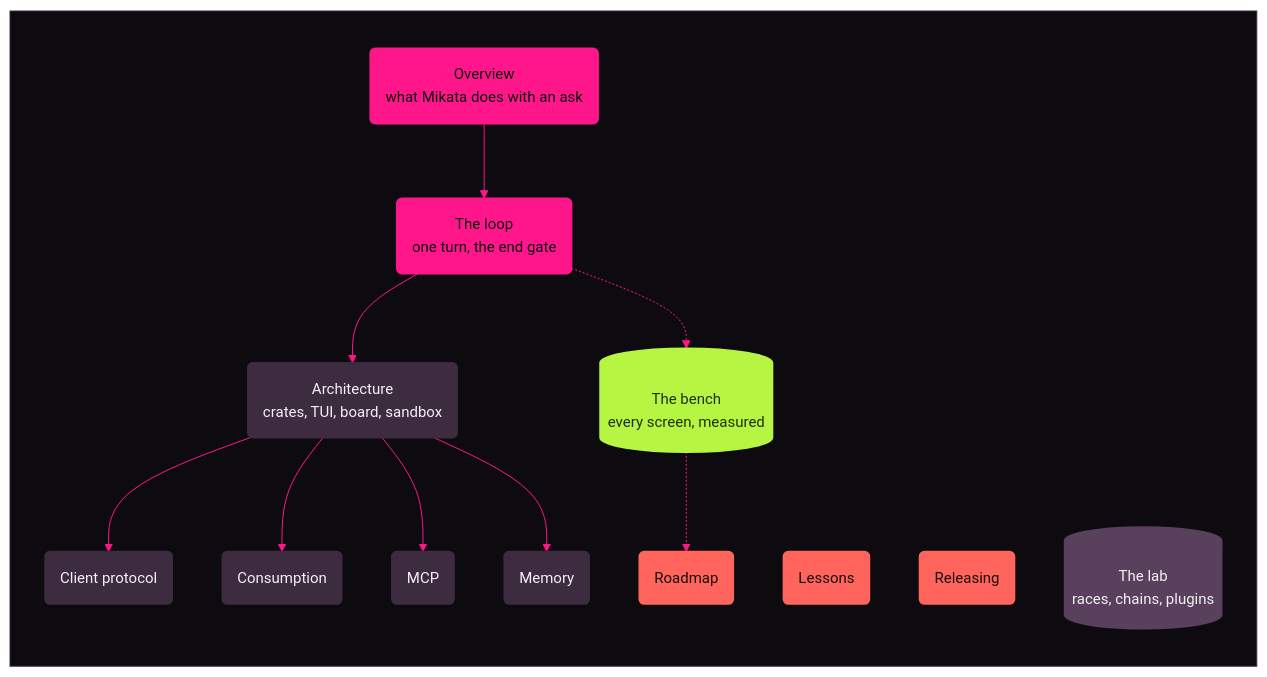
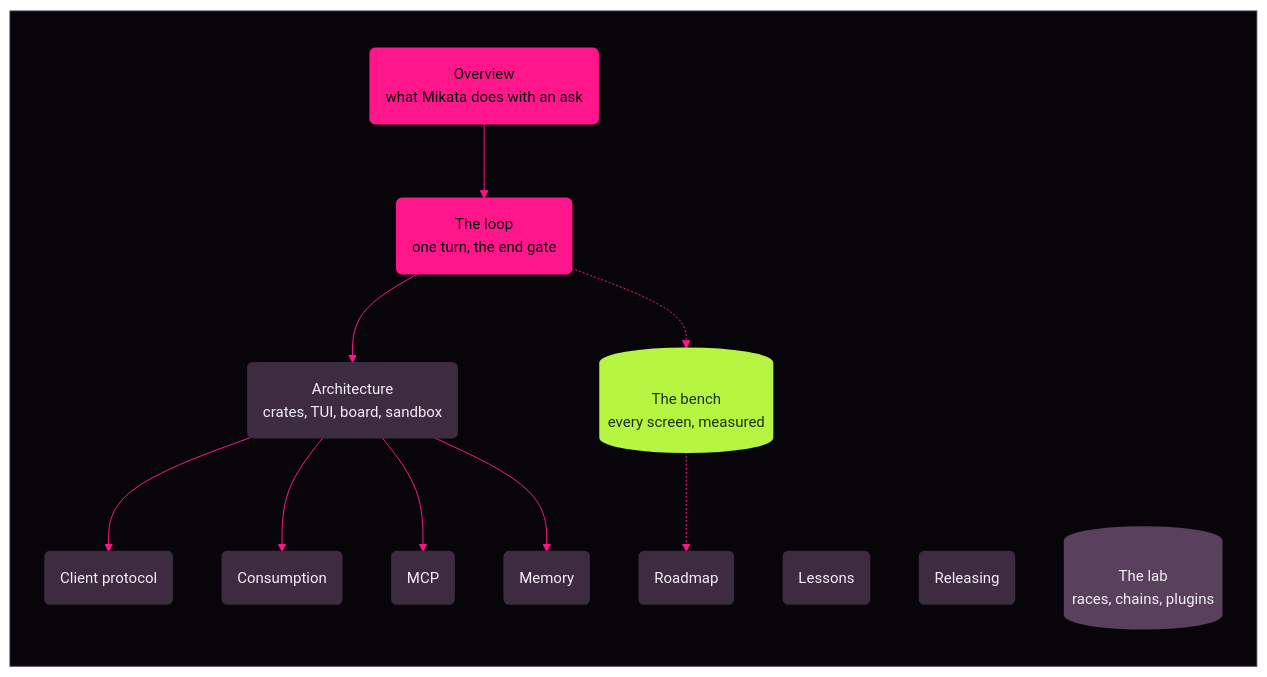
Before and after one commit to Kaginari/mikata: the diagram in docs/README.md, drawn with Mermaid. The commit also changed other lines of this file and 11 other files, not shown here.

First line of the commit message:
docs: the diagrams on today's night, every block in its meaning's colour

````diff
--- a/docs/README.md
+++ b/docs/README.md
@@ -14,82 +14,82 @@
 ```mermaid
 ---
 config:
   theme: base
   themeVariables:
     darkMode: true
-    background: "#0d0b10"
+    background: "#07050a"
     fontFamily: "Inter, Segoe UI, system-ui, -apple-system, Helvetica, Arial, sans-serif"
     fontSize: "15px"
     primaryColor: "#3d2b40"
     primaryTextColor: "#f5eff7"
     primaryBorderColor: "#3d2b40"
     secondaryColor: "#59405d"
     secondaryTextColor: "#f5eff7"
     secondaryBorderColor: "#59405d"
-    tertiaryColor: "#16111b"
+    tertiaryColor: "#110c14"
     tertiaryTextColor: "#f5eff7"
     tertiaryBorderColor: "#3d2b40"
     lineColor: "#ff168a"
     textColor: "#f5eff7"
     titleColor: "#f5eff7"
-    edgeLabelBackground: "#0d0b10"
-    clusterBkg: "#16111b"
+    edgeLabelBackground: "#07050a"
+    clusterBkg: "#110c14"
     clusterBorder: "#3d2b40"
     noteBkgColor: "#ffb020"
     noteTextColor: "#1a1205"
     noteBorderColor: "#ffb020"
     actorBkg: "#3d2b40"
     actorBorder: "#3d2b40"
     actorTextColor: "#f5eff7"
     actorLineColor: "#59405d"
     signalColor: "#ff655c"
     signalTextColor: "#f5eff7"
     labelBoxBkgColor: "#3d2b40"
     labelBoxBorderColor: "#3d2b40"
     labelTextColor: "#f5eff7"
     loopTextColor: "#f5eff7"
     activationBkgColor: "#ff168a"
     activationBorderColor: "#ff168a"
-    sequenceNumberColor: "#0d0b10"
+    sequenceNumberColor: "#07050a"
     transitionColor: "#ff168a"
     transitionLabelColor: "#f5eff7"
     stateLabelColor: "#f5eff7"
     stateBkg: "#3d2b40"
-    labelBackgroundColor: "#0d0b10"
-    compositeBackground: "#16111b"
+    labelBackgroundColor: "#07050a"
+    compositeBackground: "#110c14"
     compositeTitleBackground: "#3d2b40"
-    altBackground: "#16111b"
+    altBackground: "#110c14"
     specialStateColor: "#b6f542"
     innerEndBackground: "#b6f542"
   flowchart:
     wrappingWidth: 240
 ---
 flowchart TD
     subgraph MIKATA_BG[" "]
       direction TB
       O("Overview<br/>what Mikata does with an ask") --> LP("The loop<br/>one turn, the end gate")
       LP --> A("Architecture<br/>crates, TUI, board, sandbox")
       A --> P("Client protocol")
       A --> C("Consumption")
       A --> MC("MCP")
       A --> ME("Memory")
       B[("The bench<br/>every screen, measured")]
       R("Roadmap")
       LS("Lessons")
       RL("Releasing")
       X[("The lab<br/>races, chains, plugins")]
       LP -.-> B
       B -.-> R
     end
-    classDef core fill:#ff168a,stroke:#ff168a,stroke-width:2px,color:#0d0b10
+    classDef core fill:#ff168a,stroke:#ff168a,stroke-width:2px,color:#07050a
     class O,LP core
     classDef page fill:#3d2b40,stroke:#3d2b40,stroke-width:1.5px,color:#f5eff7
     class A,P,C,MC,ME page
     classDef proof fill:#b6f542,stroke:#b6f542,stroke-width:2px,color:#203008
     class B proof
-    classDef ref fill:#ff655c,stroke:#ff655c,stroke-width:1.5px,color:#1a0a0a
+    classDef ref fill:#3d2b40,stroke:#3d2b40,stroke-width:1.5px,color:#f5eff7
     class R,LS,RL ref
     classDef lab fill:#59405d,stroke:#59405d,stroke-width:1.5px,color:#f5eff7
     class X lab
-    style MIKATA_BG fill:#0d0b10,stroke:#3d2b40,color:#0d0b10
+    style MIKATA_BG fill:#07050a,stroke:#3d2b40,color:#07050a
 ```
````
